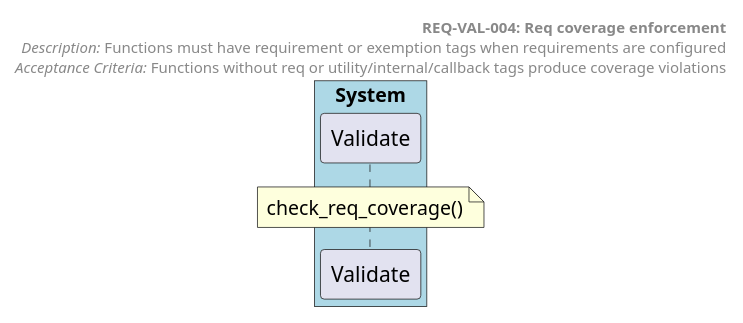
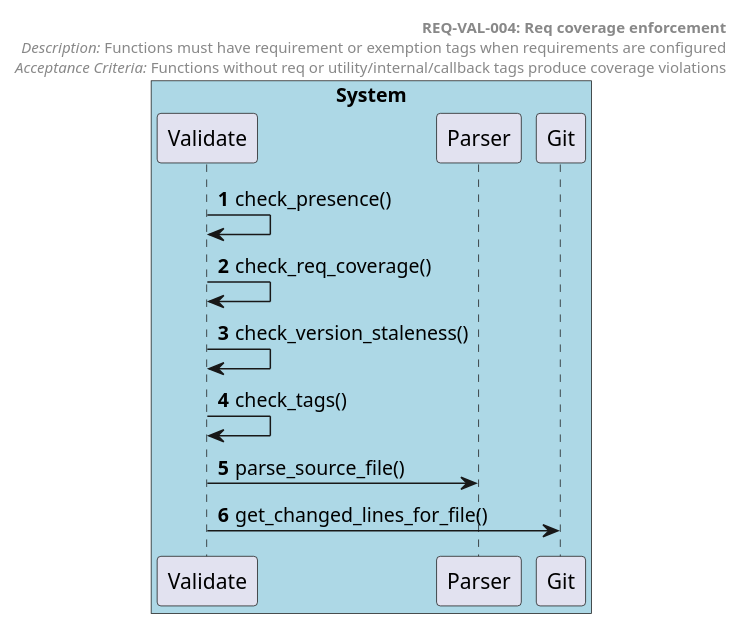
One commit to tvanfossen/doxygen-guard changed the diagram in docs/generated/sequences/REQ-VAL-004.puml. Above: the diagram before and after it, drawn with PlantUML. The commit also changed 21 other files, not shown here.

First line of the commit message:
Resolve adversarial findings: security, observability, diagram quality, README

```diff
--- a/docs/generated/sequences/REQ-VAL-004.puml
+++ b/docs/generated/sequences/REQ-VAL-004.puml
@@ -1,16 +1,24 @@
 @startuml REQ-VAL-004 Req coverage enforcement
 autonumber
 
 box "System" #LightBlue
   participant "Validate" as Validate
+  participant "Parser" as Parser
+  participant "Git" as Git
 end box
 
 header
   **REQ-VAL-004: Req coverage enforcement**
   //Description:// Functions must have requirement or exemption tags when requirements are configured
   //Acceptance Criteria:// Functions without req or utility/internal/callback tags produce coverage violations
 end header
 
-note over Validate: check_req_coverage()
+
+Validate -> Validate: check_presence()
+Validate -> Validate: check_req_coverage()
+Validate -> Validate: check_version_staleness()
+Validate -> Validate: check_tags()
+Validate -> Parser: parse_source_file()
+Validate -> Git: get_changed_lines_for_file()
 
 @enduml
```
